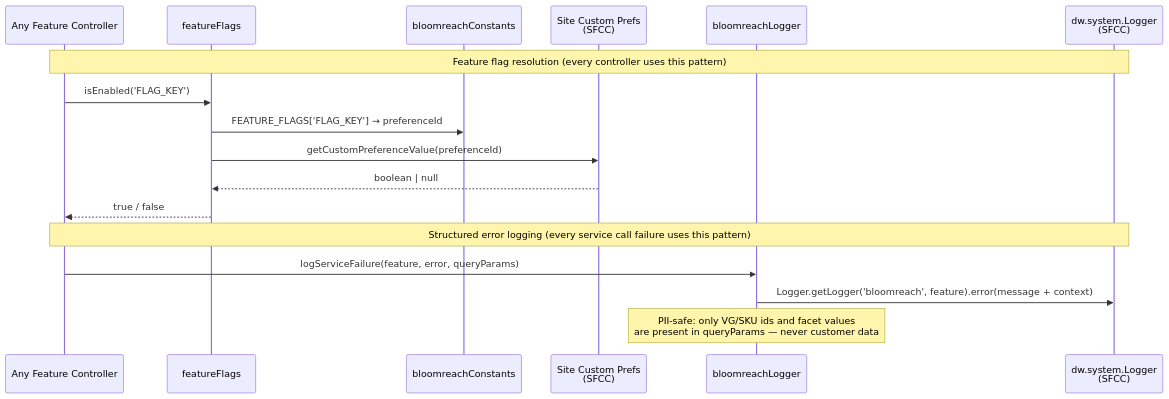
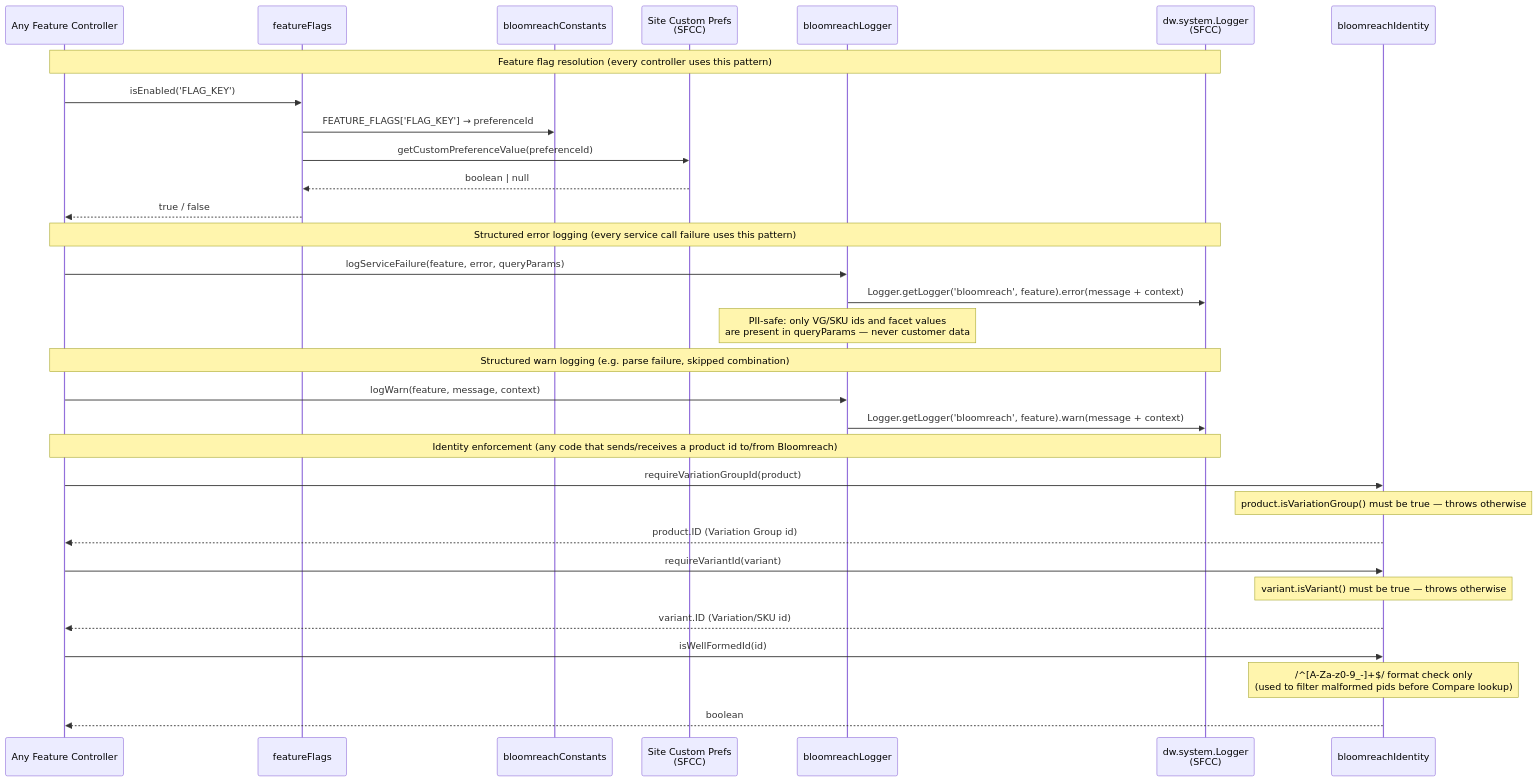
The tenth of 14 diagrams in docs/sequence-diagrams.md (Pushparajan/bloomreach-sfra), drawn with Mermaid before and after one commit. The commit also changed other lines of this file, not shown here.

````diff
--- a/docs/sequence-diagrams.md
+++ b/docs/sequence-diagrams.md
@@ -539,21 +571,39 @@
 ```mermaid
 sequenceDiagram
     participant Any as Any Feature Controller
     participant featureFlags as featureFlags
     participant constants as bloomreachConstants
     participant SitePrefs as Site Custom Prefs<br/>(SFCC)
     participant logger as bloomreachLogger
     participant dw_Logger as dw.system.Logger<br/>(SFCC)
+    participant identity as bloomreachIdentity
 
     Note over Any,dw_Logger: Feature flag resolution (every controller uses this pattern)
     Any->>featureFlags: isEnabled('FLAG_KEY')
     featureFlags->>constants: FEATURE_FLAGS['FLAG_KEY'] → preferenceId
     featureFlags->>SitePrefs: getCustomPreferenceValue(preferenceId)
     SitePrefs-->>featureFlags: boolean | null
     featureFlags-->>Any: true / false
 
     Note over Any,dw_Logger: Structured error logging (every service call failure uses this pattern)
     Any->>logger: logServiceFailure(feature, error, queryParams)
     logger->>dw_Logger: Logger.getLogger('bloomreach', feature).error(message + context)
     Note over logger: PII-safe: only VG/SKU ids and facet values<br/>are present in queryParams — never customer data
+
+    Note over Any,dw_Logger: Structured warn logging (e.g. parse failure, skipped combination)
+    Any->>logger: logWarn(feature, message, context)
+    logger->>dw_Logger: Logger.getLogger('bloomreach', feature).warn(message + context)
+
+    Note over Any,dw_Logger: Identity enforcement (any code that sends/receives a product id to/from Bloomreach)
+    Any->>identity: requireVariationGroupId(product)
+    Note over identity: product.isVariationGroup() must be true — throws otherwise
+    identity-->>Any: product.ID (Variation Group id)
+
+    Any->>identity: requireVariantId(variant)
+    Note over identity: variant.isVariant() must be true — throws otherwise
+    identity-->>Any: variant.ID (Variation/SKU id)
+
+    Any->>identity: isWellFormedId(id)
+    Note over identity: /^[A-Za-z0-9_-]+$/ format check only<br/>(used to filter malformed pids before Compare lookup)
+    identity-->>Any: boolean
 ```
````
